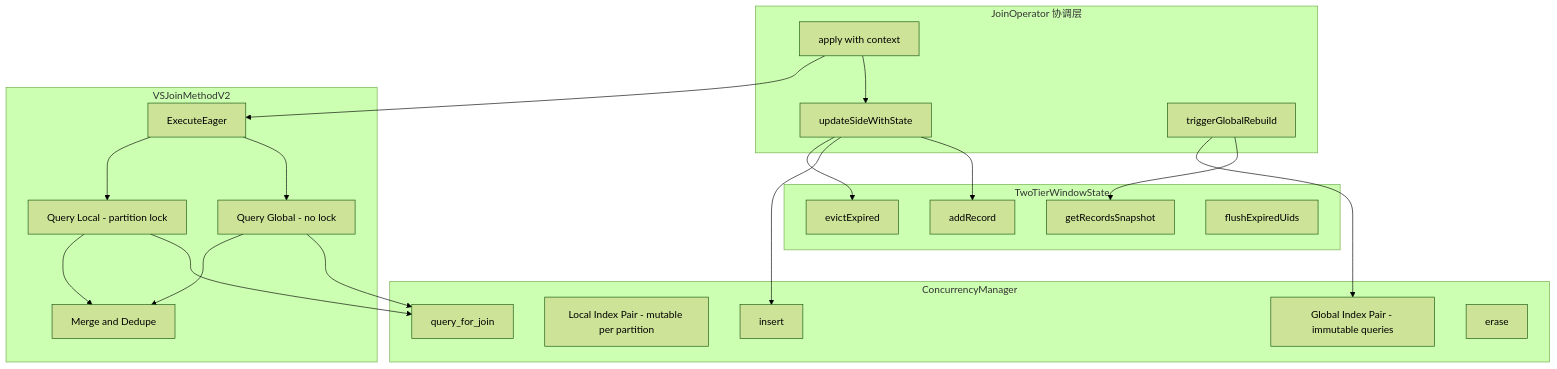
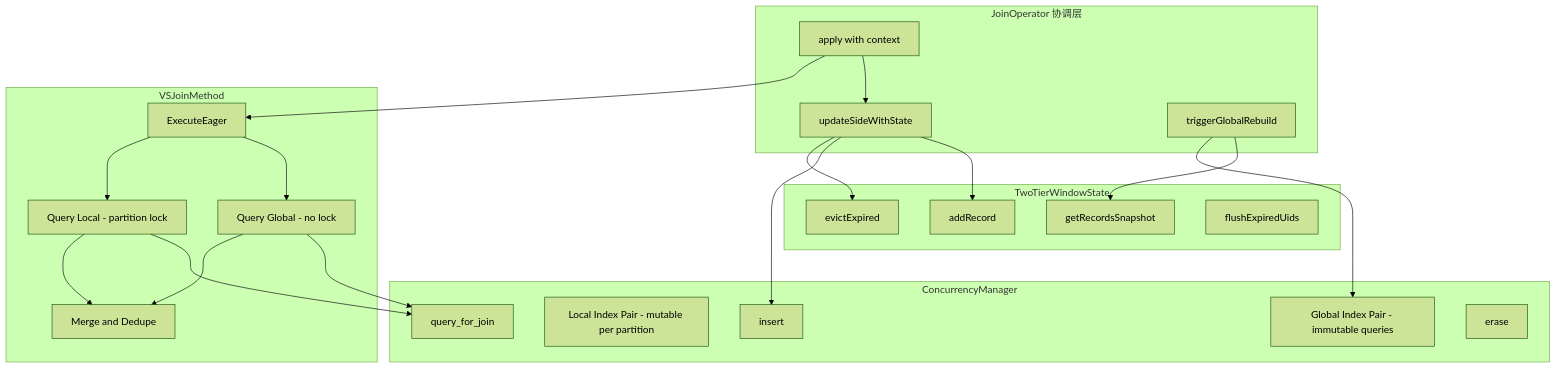
Before and after one commit to intellistream/sageFlow: the first of 3 diagrams in docs/vsjoin_compliant_design_c745d987.plan.md, drawn with Mermaid (forest theme). The commit also changed other lines of this file and 73 other files, not shown here.

First line of the commit message:
feat(vsjoin): implement VSJoin dual-index architecture (v0.1.3.1) (#101)

````diff
--- a/docs/vsjoin_compliant_design_c745d987.plan.md
+++ b/docs/vsjoin_compliant_design_c745d987.plan.md
@@ -58,46 +73,46 @@
 ```mermaid
 flowchart TB
     subgraph JoinOperator [JoinOperator 协调层]
         Apply[apply with context]
         Update[updateSideWithState]
         Rebuild[triggerGlobalRebuild]
     end
     
     subgraph WindowState [TwoTierWindowState]
         WS_Add[addRecord]
         WS_Get[getRecordsSnapshot]
         WS_Evict[evictExpired]
         WS_Flush[flushExpiredUids]
     end
     
     subgraph ConcurrencyManager [ConcurrencyManager]
         CM_Global[Global Index Pair - immutable queries]
         CM_Local[Local Index Pair - mutable per partition]
         CM_Insert[insert]
         CM_Query[query_for_join]
         CM_Erase[erase]
     end
     
-    subgraph VSJoinMethodV2 [VSJoinMethodV2]
+    subgraph VSJoinMethod [VSJoinMethod]
         Exec[ExecuteEager]
         Q1[Query Global - no lock]
         Q2[Query Local - partition lock]
         Merge[Merge and Dedupe]
     end
     
     Apply --> Update
     Update --> WS_Add
     Update --> CM_Insert
     Update --> WS_Evict
     
     Apply --> Exec
     Exec --> Q1
     Exec --> Q2
     Q1 --> CM_Query
     Q2 --> CM_Query
     Q1 --> Merge
     Q2 --> Merge
     
     Rebuild --> WS_Get
     Rebuild --> CM_Global
 ```
````
